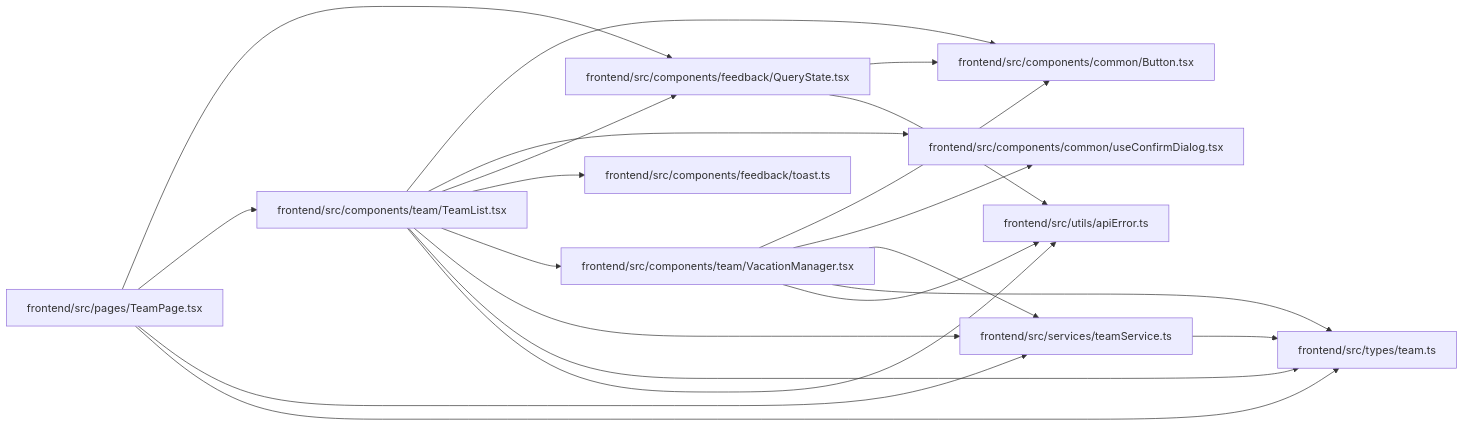
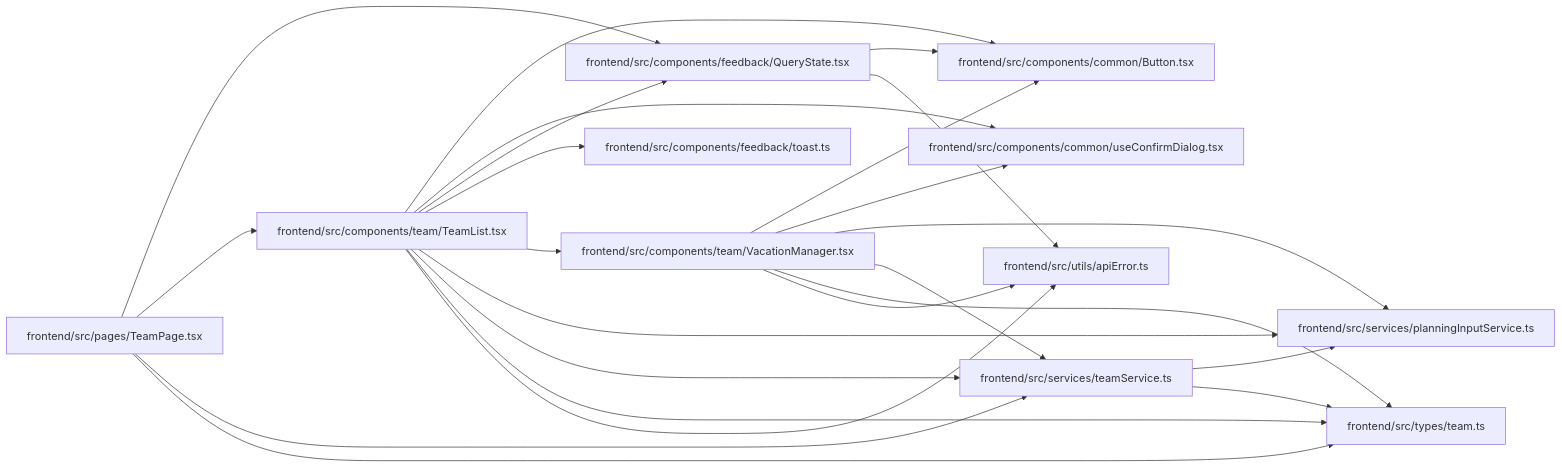
One commit to Denissvgn/WorkChord changed the diagram in docs/llm_wiki/modules/TeamList.md. Above: the diagram before and after it, drawn with Mermaid. The commit also changed other lines of this file and 10148 other files, not shown here.

````diff
--- a/docs/llm_wiki/modules/TeamList.md
+++ b/docs/llm_wiki/modules/TeamList.md
@@ -35,43 +36,48 @@
 ```mermaid
 flowchart LR
     n0["frontend/src/components/common/Button.tsx"]
     n1["frontend/src/components/common/useConfirmDialog.tsx"]
     n2["frontend/src/components/feedback/QueryState.tsx"]
     n3["frontend/src/components/feedback/toast.ts"]
     n4["frontend/src/components/team/TeamList.tsx"]
     n5["frontend/src/components/team/VacationManager.tsx"]
     n6["frontend/src/pages/TeamPage.tsx"]
-    n7["frontend/src/services/teamService.ts"]
-    n8["frontend/src/types/team.ts"]
-    n9["frontend/src/utils/apiError.ts"]
+    n7["frontend/src/services/planningInputService.ts"]
+    n8["frontend/src/services/teamService.ts"]
+    n9["frontend/src/types/team.ts"]
+    n10["frontend/src/utils/apiError.ts"]
     n2 --> n0
-    n2 --> n9
+    n2 --> n10
     n4 --> n0
     n4 --> n1
     n4 --> n2
     n4 --> n3
     n4 --> n5
     n4 --> n7
     n4 --> n8
     n4 --> n9
+    n4 --> n10
     n5 --> n0
     n5 --> n1
     n5 --> n7
     n5 --> n8
     n5 --> n9
+    n5 --> n10
     n6 --> n2
     n6 --> n4
-    n6 --> n7
     n6 --> n8
-    n7 --> n8
+    n6 --> n9
+    n8 --> n7
+    n8 --> n9
     click n0 "../modules/Button.md"
     click n1 "../modules/useConfirmDialog.md"
     click n2 "../modules/QueryState.md"
     click n3 "../modules/toast.md"
     click n4 "../modules/TeamList.md"
     click n5 "../modules/VacationManager.md"
     click n6 "../modules/TeamPage.md"
-    click n7 "../modules/teamService.md"
-    click n8 "../modules/types_team.md"
-    click n9 "../modules/apiError.md"
+    click n7 "../modules/planningInputService.md"
+    click n8 "../modules/teamService.md"
+    click n9 "../modules/types_team.md"
+    click n10 "../modules/apiError.md"
 ```
````
